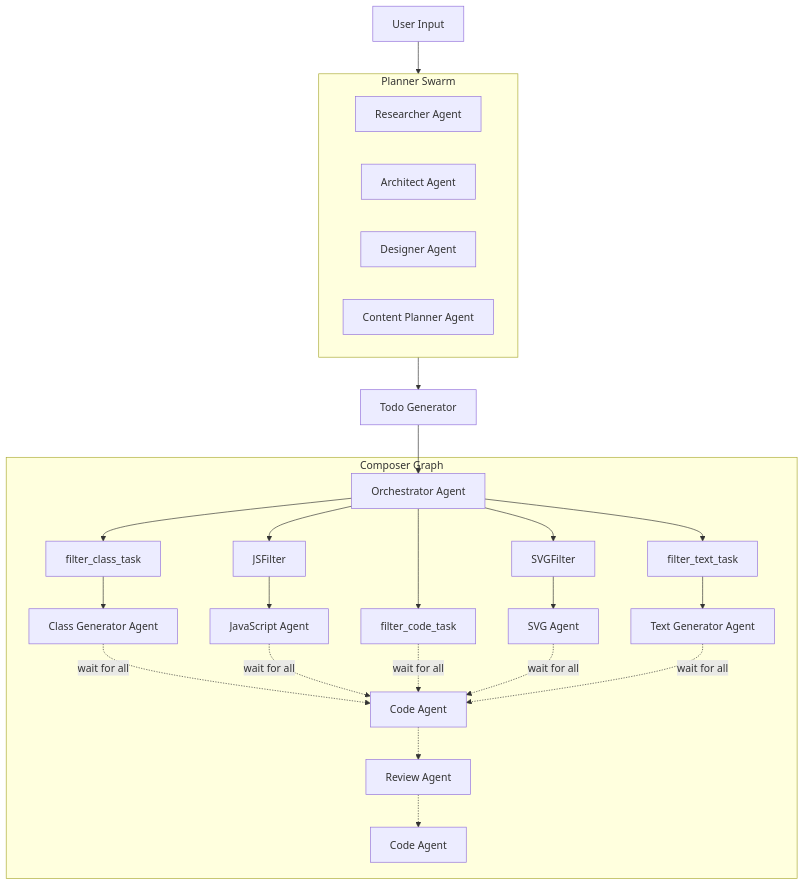
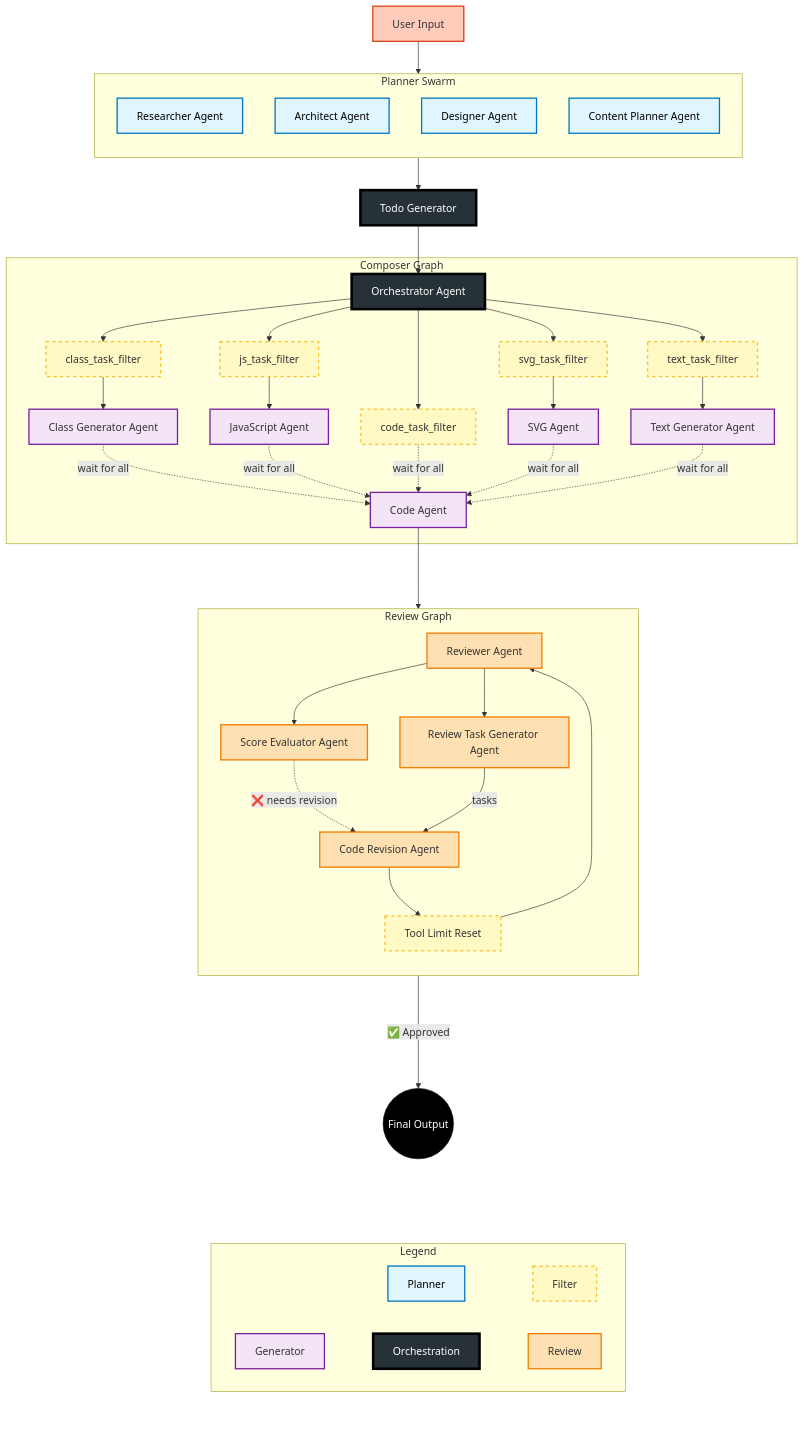
Before and after one commit to lmandrelli/grape-coder: the diagram in graph-multi-agent.md, drawn with Mermaid. The commit also changed 1 other file, not shown here.

Commit message:
chore(docs): update README and Mermaid

````diff
--- a/graph-multi-agent.md
+++ b/graph-multi-agent.md
@@ -1,42 +1,104 @@
 ```mermaid
 graph TD
-    User[User Input] --> PlannerSwarm --> TodoGenerator[Todo Generator] --> Orchestrator
-    
+    %% --- COLOR PALETTE ---
+    classDef planner fill:#e1f5fe,stroke:#0277bd,stroke-width:2px,color:#000;
+    classDef filter fill:#fff9c4,stroke:#fbc02d,stroke-width:2px,stroke-dasharray: 5 5;
+    classDef generator fill:#f3e5f5,stroke:#7b1fa2,stroke-width:2px;
+    classDef orchestrator fill:#263238,stroke:#000,stroke-width:4px,color:#fff;
+    classDef userInput fill:#ffccbc,stroke:#d84315,stroke-width:2px;
+    classDef reviewer fill:#ffe0b2,stroke:#f57c00,stroke-width:2px;
+    classDef decision fill:#c8e6c9,stroke:#388e3c,stroke-width:2px;
+    classDef endNode fill:#000,stroke:#000,color:#fff;
+    classDef invisible fill:none,stroke:none,color:none;
+
+    %% --- MAIN GRAPH ---
+    User[User Input]:::userInput --> PlannerSwarm
+    PlannerSwarm --> TodoGenerator[Todo Generator]:::orchestrator
+    TodoGenerator --> Orchestrator
+
     subgraph PlannerSwarm["Planner Swarm"]
+        direction TB
         Researcher[Researcher Agent]
         Architect[Architect Agent]
         Designer[Designer Agent]
         ContentPlanner[Content Planner Agent]
     end
-    
+
     subgraph ComposerGraph["Composer Graph"]
-        Orchestrator[Orchestrator Agent]
-        ClassFilter[filter_class_task]
-        TextFilter[filter_text_task]
-        CodeFilter[filter_code_task]
+        Orchestrator[Orchestrator Agent]:::orchestrator
+
+        %% Filters
+        ClassFilter[class_task_filter]
+        JSFilter[js_task_filter]
+        SVGFilter[svg_task_filter]
+        TextFilter[text_task_filter]
+        CodeFilter[code_task_filter]
+
+        %% Agents
         ClassAgent[Class Generator Agent]
         JSAgent[JavaScript Agent]
         SVGAgent[SVG Agent]
         TextAgent[Text Generator Agent]
         CodeAgent[Code Agent]
-        CodeAgent2[Code Agent]
-        ReviewAgent[Review Agent]
-        
-        Orchestrator --> ClassFilter
-        Orchestrator --> JSFilter
-        Orchestrator --> SVGFilter
-        Orchestrator --> TextFilter
-        Orchestrator --> CodeFilter
+
+        %% Links
+        Orchestrator --> ClassFilter & JSFilter & SVGFilter & TextFilter & CodeFilter
         ClassFilter --> ClassAgent
         JSFilter --> JSAgent
         SVGFilter --> SVGAgent
         TextFilter --> TextAgent
-        ClassAgent -.->|wait for all| CodeAgent
-        JSAgent -.->|wait for all| CodeAgent
-        CodeFilter -.->|wait for all| CodeAgent
-        SVGAgent -.->|wait for all| CodeAgent
-        TextAgent -.->|wait for all| CodeAgent
-        CodeAgent -.-> ReviewAgent
-        ReviewAgent -.-> CodeAgent2
+
+        ClassAgent & JSAgent & CodeFilter & SVGAgent & TextAgent -.->|wait for all| CodeAgent
     end
+
+    CodeAgent ---> Reviewer
+
+    subgraph ReviewGraph["Review Graph"]
+        direction TB
+        ToolReset[Tool Limit Reset]
+        Reviewer[Reviewer Agent]
+        ScoreEvaluator[Score Evaluator Agent]
+        TaskGenerator[Review Task Generator Agent]
+        CodeRevision[Code Revision Agent]
+
+        ToolReset --> Reviewer
+        Reviewer --> ScoreEvaluator
+        Reviewer --> TaskGenerator
+        ScoreEvaluator -.->|❌ needs revision| CodeRevision
+        TaskGenerator -- tasks --> CodeRevision
+        CodeRevision --> ToolReset
+    end
+
+    ScoreEvaluator -- "✅ Approved" ----> FinalOutput((Final Output))
+
+    %% --- APPLY CLASSES ---
+    class Researcher,Architect,Designer,ContentPlanner planner;
+    class ClassFilter,JSFilter,SVGFilter,TextFilter,CodeFilter,ToolReset filter;
+    class ClassAgent,JSAgent,SVGAgent,TextAgent,CodeAgent generator;
+    class Reviewer,ScoreEvaluator,TaskGenerator,CodeRevision reviewer;
+    class QualityCheck decision;
+    class FinalOutput endNode;
+
+    %% --- CENTERED LEGEND ---
+    %% Add invisible nodes to force centering
+    InvisibleLeft[ ]:::invisible
+    InvisibleRight[ ]:::invisible
+
+    subgraph Legend["Legend"]
+        direction LR
+        L1[Planner]:::planner
+        L2[Filter]:::filter
+        L3[Generator]:::generator
+        L5[Orchestration]:::orchestrator
+        L6[Review]:::reviewer
+
+        L1 ~~~ L2
+        L3 ~~~ L5
+        L5 ~~~ L6
+    end
+
+    %% Invisible links to enforce centered layout
+    FinalOutput ~~~ InvisibleLeft
+    InvisibleLeft ~~~ Legend
+    Legend ~~~ InvisibleRight
 ```
````
